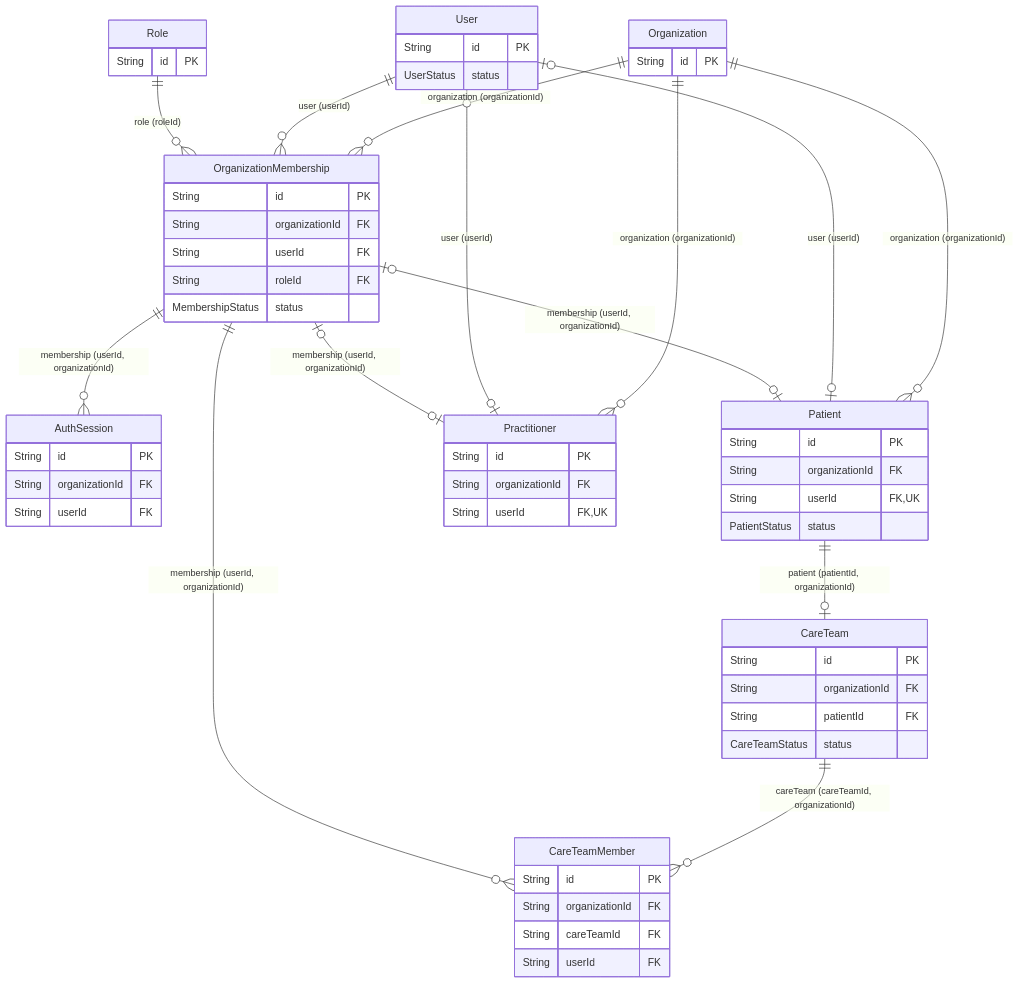
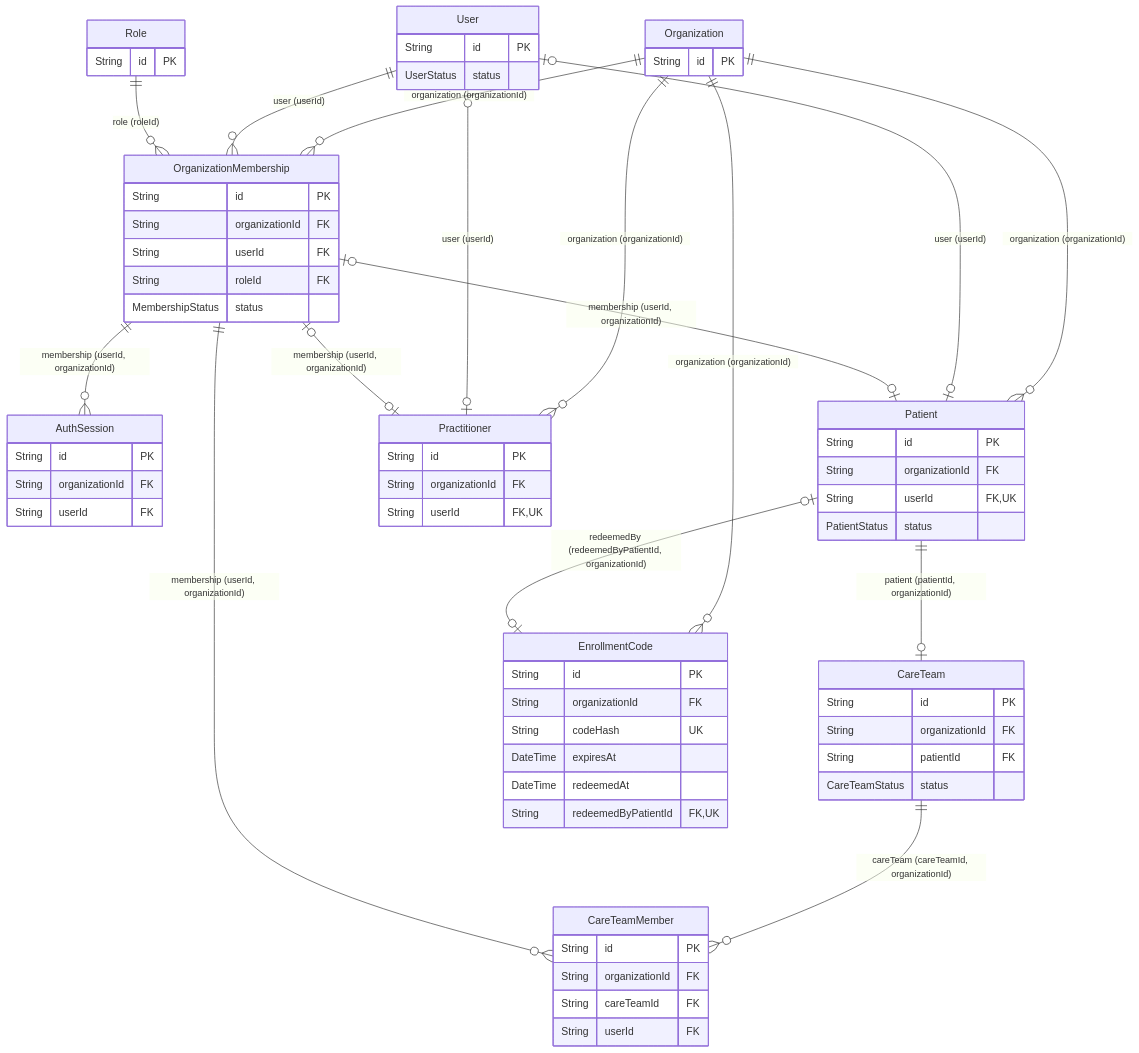
Before and after one commit to RDarshanJ/CarePath: the second of 6 diagrams in docs/architecture/erd.md, drawn with Mermaid. The commit also changed other lines of this file and 24 other files, not shown here.

````diff
--- a/docs/architecture/erd.md
+++ b/docs/architecture/erd.md
@@ -100,61 +103,71 @@
 ```mermaid
 erDiagram
   Organization {
     String id PK
   }
   User {
     String id PK
     UserStatus status
   }
   Role {
     String id PK
   }
   OrganizationMembership {
     String id PK
     String organizationId FK
     String userId FK
     String roleId FK
     MembershipStatus status
   }
   AuthSession {
     String id PK
     String organizationId FK
     String userId FK
   }
   Patient {
     String id PK
     String organizationId FK
     String userId FK,UK
     PatientStatus status
   }
   Practitioner {
     String id PK
     String organizationId FK
     String userId FK,UK
   }
   CareTeam {
     String id PK
     String organizationId FK
     String patientId FK
     CareTeamStatus status
   }
   CareTeamMember {
     String id PK
     String organizationId FK
     String careTeamId FK
     String userId FK
   }
+  EnrollmentCode {
+    String id PK
+    String organizationId FK
+    String codeHash UK
+    DateTime expiresAt
+    DateTime redeemedAt
+    String redeemedByPatientId FK,UK
+  }
   Organization ||--o{ OrganizationMembership : "organization (organizationId)"
   User ||--o{ OrganizationMembership : "user (userId)"
   Role ||--o{ OrganizationMembership : "role (roleId)"
   OrganizationMembership ||--o{ AuthSession : "membership (userId, organizationId)"
   Organization ||--o{ Patient : "organization (organizationId)"
   User |o--o| Patient : "user (userId)"
   OrganizationMembership |o--o| Patient : "membership (userId, organizationId)"
   Organization ||--o{ Practitioner : "organization (organizationId)"
   User |o--o| Practitioner : "user (userId)"
   OrganizationMembership |o--o| Practitioner : "membership (userId, organizationId)"
   Patient ||--o| CareTeam : "patient (patientId, organizationId)"
   CareTeam ||--o{ CareTeamMember : "careTeam (careTeamId, organizationId)"
   OrganizationMembership ||--o{ CareTeamMember : "membership (userId, organizationId)"
+  Organization ||--o{ EnrollmentCode : "organization (organizationId)"
+  Patient |o--o| EnrollmentCode : "redeemedBy (redeemedByPatientId, organizationId)"
 ```
````
